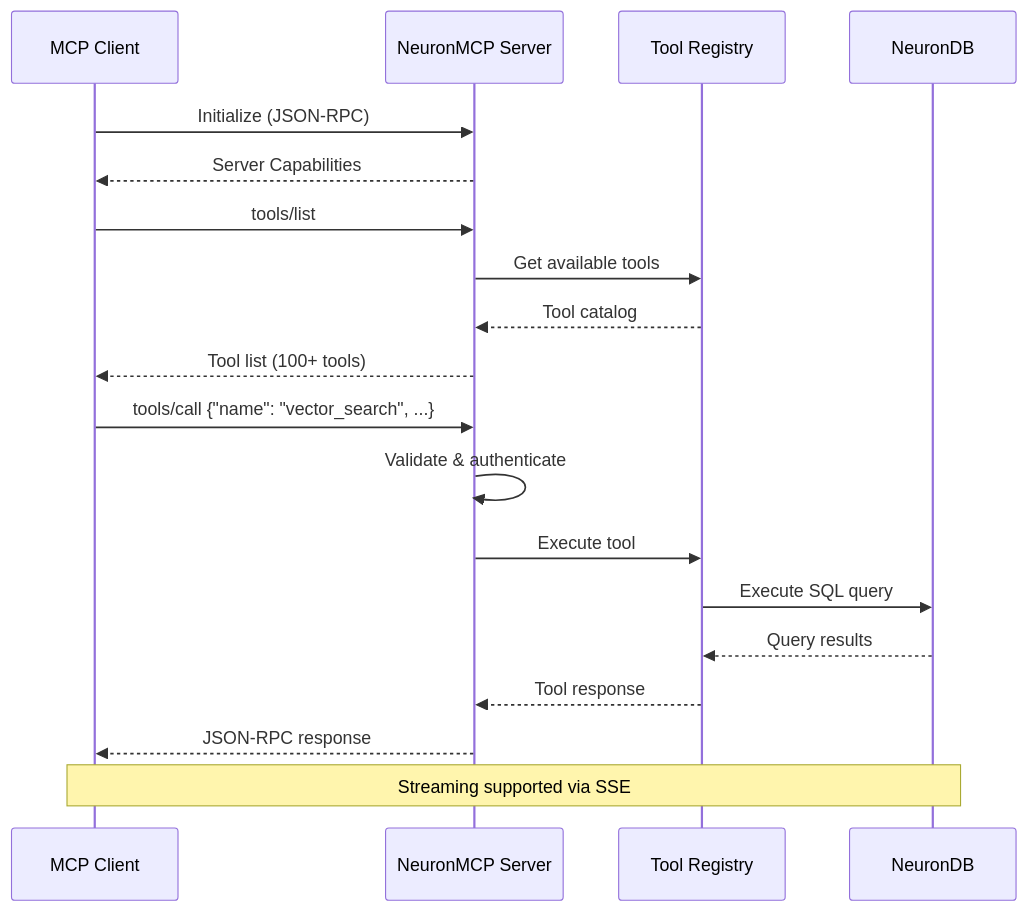
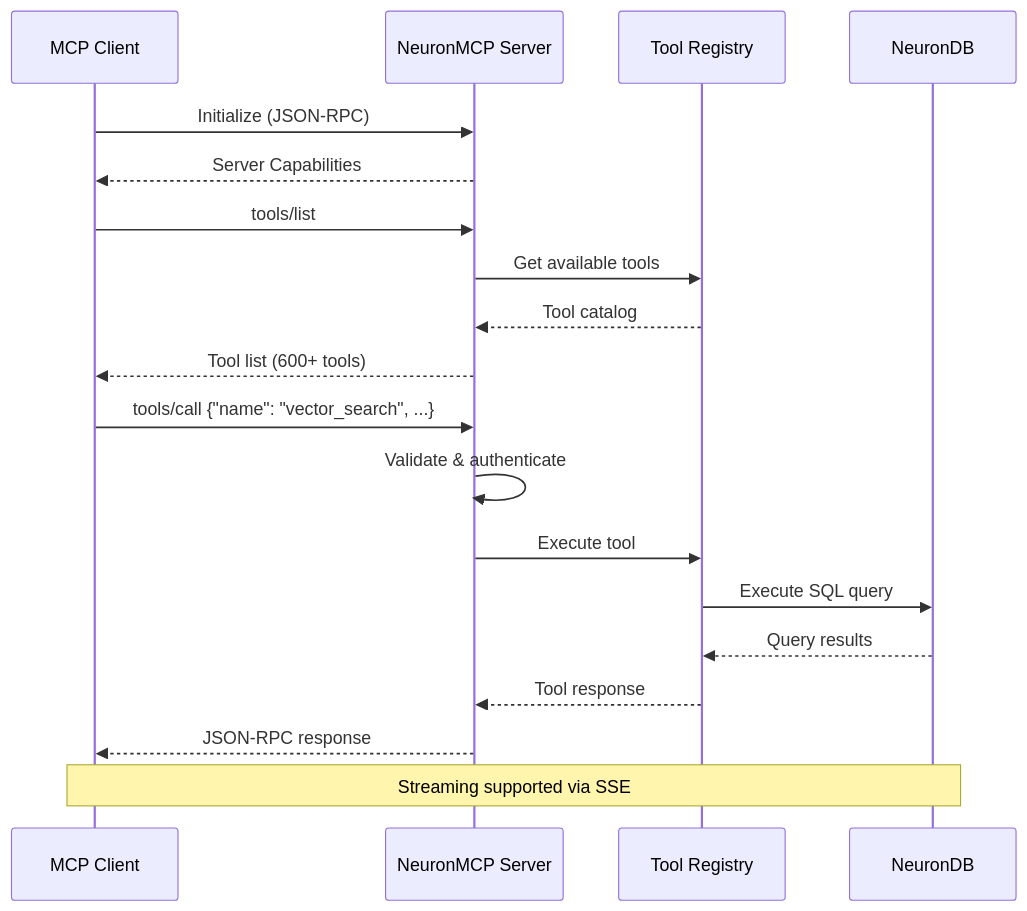
The second of 3 diagrams in NeuronMCP/README.md (neurondb/neurondb), drawn with Mermaid before and after one commit. The commit also changed other lines of this file and 18 other files, not shown here.

````diff
--- a/NeuronMCP/README.md
+++ b/NeuronMCP/README.md
@@ -243,25 +247,25 @@
 ```mermaid
 sequenceDiagram
     participant Client as MCP Client
     participant Server as NeuronMCP Server
     participant Tools as Tool Registry
     participant DB as NeuronDB
     
     Client->>Server: Initialize (JSON-RPC)
     Server-->>Client: Server Capabilities
     
     Client->>Server: tools/list
     Server->>Tools: Get available tools
     Tools-->>Server: Tool catalog
-    Server-->>Client: Tool list (100+ tools)
+    Server-->>Client: Tool list (600+ tools)
     
     Client->>Server: tools/call {"name": "vector_search", ...}
     Server->>Server: Validate & authenticate
     Server->>Tools: Execute tool
     Tools->>DB: Execute SQL query
     DB-->>Tools: Query results
     Tools-->>Server: Tool response
     Server-->>Client: JSON-RPC response
     
     Note over Client,DB: Streaming supported via SSE
 ```
````
